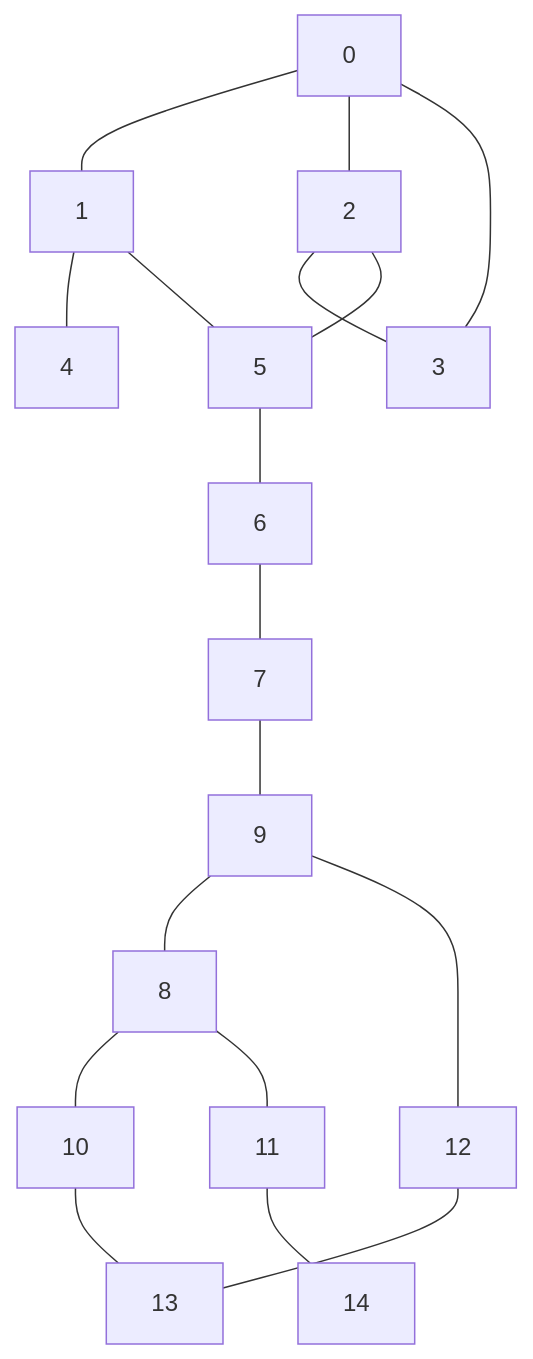
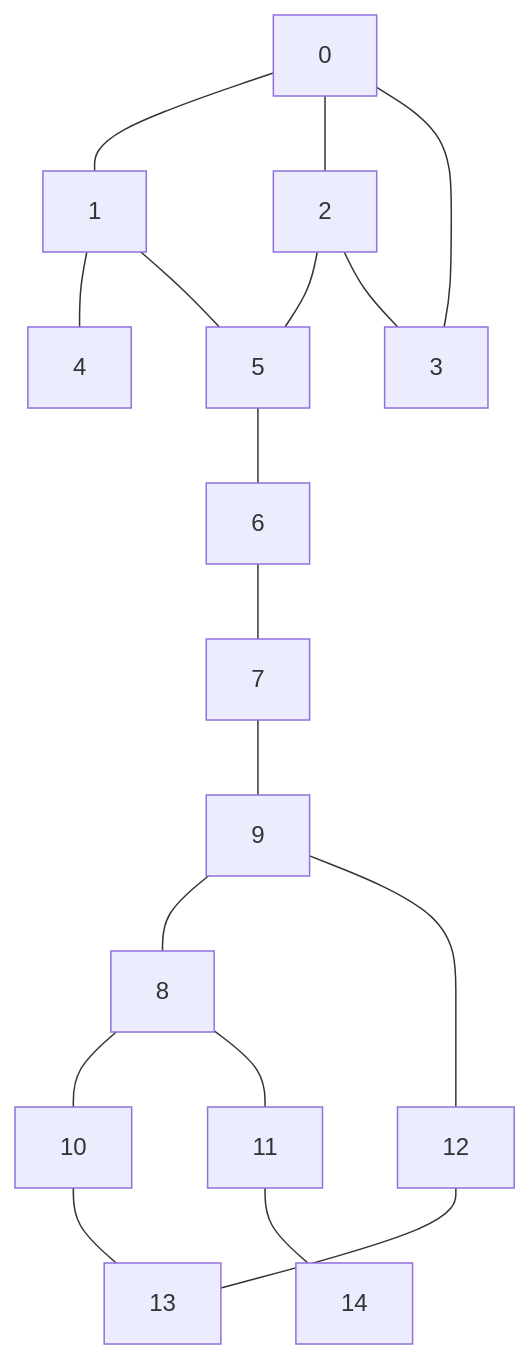
One commit to eliasmarcon/distriputed_breadth_first_search changed the sixth of 6 diagrams in README.md. Above: the diagram before and after it, drawn with Mermaid. The commit also changed other lines of this file and 2 other files, not shown here.

Commit message:
Created ReadMe, graph object, initial code structure - Session 1

````diff
--- a/README.md
+++ b/README.md
@@ -135,21 +171,21 @@
 ```mermaid
 graph TD
     0 --- 1
     0 --- 2
     0 --- 3
     1 --- 4
     1 --- 5
+    2 --- 5
     2 --- 3
-    2 --- 5
     5 --- 6
     6 --- 7
     7 --- 9
     9 --- 8
     8 --- 10
     8 --- 11
     9 --- 12
     10 --- 13
     11 --- 14
     12 --- 13
 
 ```
````
